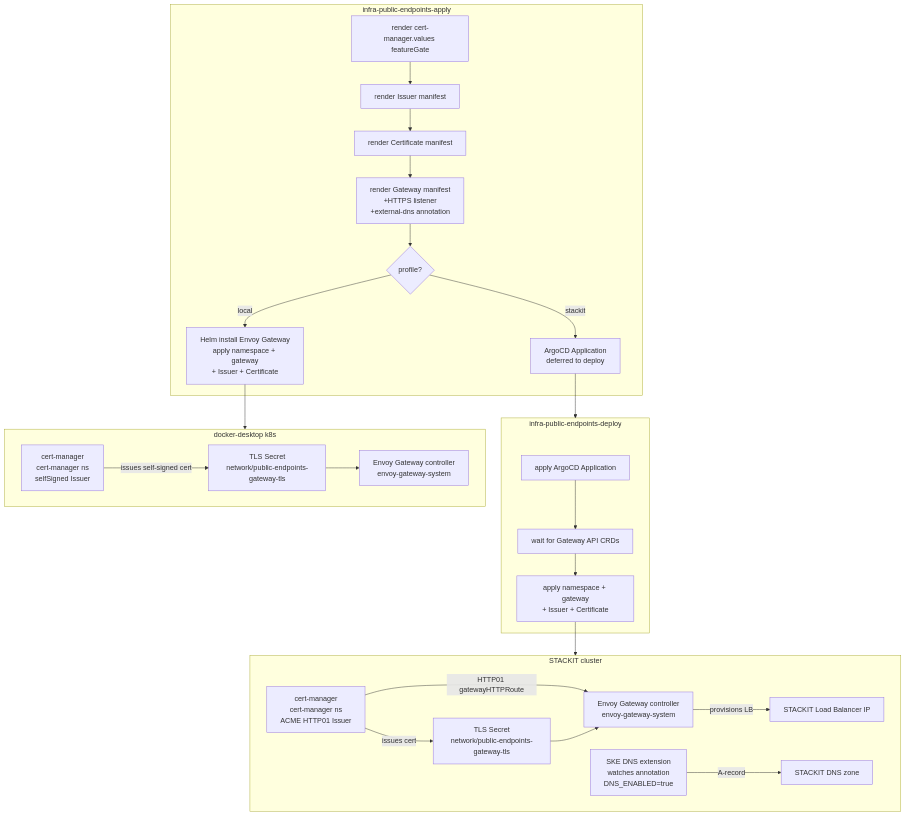
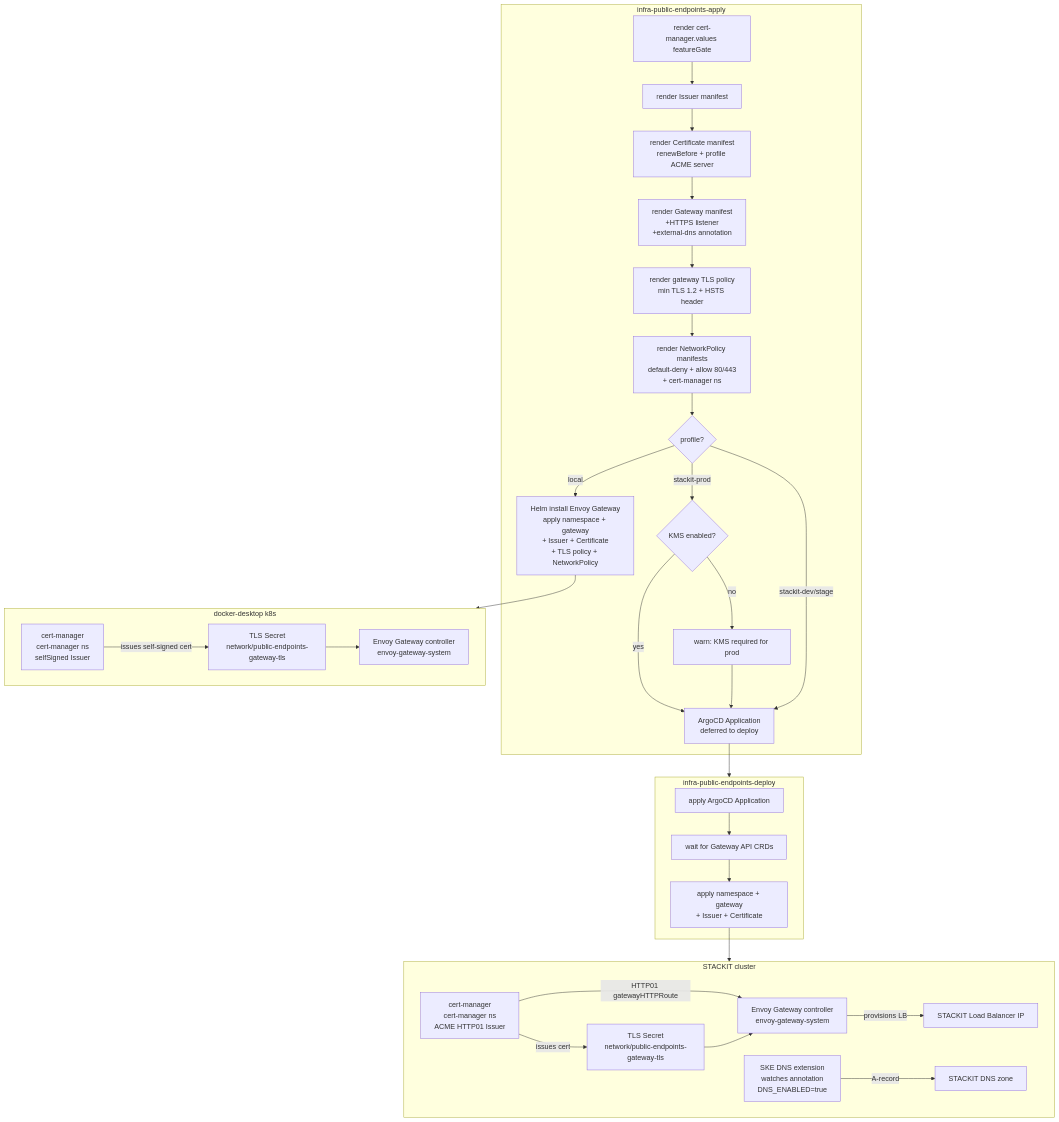
Before and after one commit to sbonoc/stackit-platform-blueprint: the diagram in specs/2026-05-17-issue-248-public-endpoints-module/architecture.md, drawn with Mermaid. The commit also changed other lines of this file and 1 other file, not shown here.

First line of the commit message:
docs(issue-248-public-endpoints-module): sync ADR and architecture.md with full spec scope

````diff
--- a/specs/2026-05-17-issue-248-public-endpoints-module/architecture.md
+++ b/specs/2026-05-17-issue-248-public-endpoints-module/architecture.md
@@ -27,39 +27,45 @@
 ```mermaid
 flowchart TD
     subgraph apply["infra-public-endpoints-apply"]
         A[render cert-manager.values featureGate] --> B[render Issuer manifest]
-        B --> C[render Certificate manifest]
+        B --> C[render Certificate manifest\nrenewBefore + profile ACME server]
         C --> D[render Gateway manifest\n+HTTPS listener\n+external-dns annotation]
-        D --> E{profile?}
-        E -->|stackit| F[ArgoCD Application\ndeferred to deploy]
-        E -->|local| G[Helm install Envoy Gateway\napply namespace + gateway\n+ Issuer + Certificate]
+        D --> D2[render gateway TLS policy\nmin TLS 1.2 + HSTS header]
+        D2 --> D3[render NetworkPolicy manifests\ndefault-deny + allow 80/443\n+ cert-manager ns]
+        D3 --> E{profile?}
+        E -->|stackit-prod| E2{KMS enabled?}
+        E2 -->|no| E3[warn: KMS required for prod]
+        E2 -->|yes| F
+        E3 --> F[ArgoCD Application\ndeferred to deploy]
+        E -->|stackit-dev/stage| F
+        E -->|local| G[Helm install Envoy Gateway\napply namespace + gateway\n+ Issuer + Certificate\n+ TLS policy + NetworkPolicy]
     end
 
     subgraph deploy["infra-public-endpoints-deploy"]
         H[apply ArgoCD Application] --> I[wait for Gateway API CRDs]
         I --> J[apply namespace + gateway\n+ Issuer + Certificate]
     end
 
     subgraph local_runtime["docker-desktop k8s"]
         G1[Envoy Gateway controller\nenvoy-gateway-system]
         G2[cert-manager\ncert-manager ns\nselfSigned Issuer]
         G3[TLS Secret\nnetwork/public-endpoints-gateway-tls]
         G2 -->|issues self-signed cert| G3
         G3 --> G1
     end
 
     subgraph stackit_runtime["STACKIT cluster"]
         K[Envoy Gateway controller\nenvoy-gateway-system]
         L[cert-manager\ncert-manager ns\nACME HTTP01 Issuer]
         M[SKE DNS extension\nwatches annotation\nDNS_ENABLED=true]
         K -->|provisions LB| N[STACKIT Load Balancer IP]
         L -->|HTTP01 gatewayHTTPRoute| K
         L -->|issues cert| O[TLS Secret\nnetwork/public-endpoints-gateway-tls]
         M -->|A-record| P[STACKIT DNS zone]
         O --> K
     end
 
     F --> deploy
     G --> local_runtime
     J --> stackit_runtime
 ```
````
